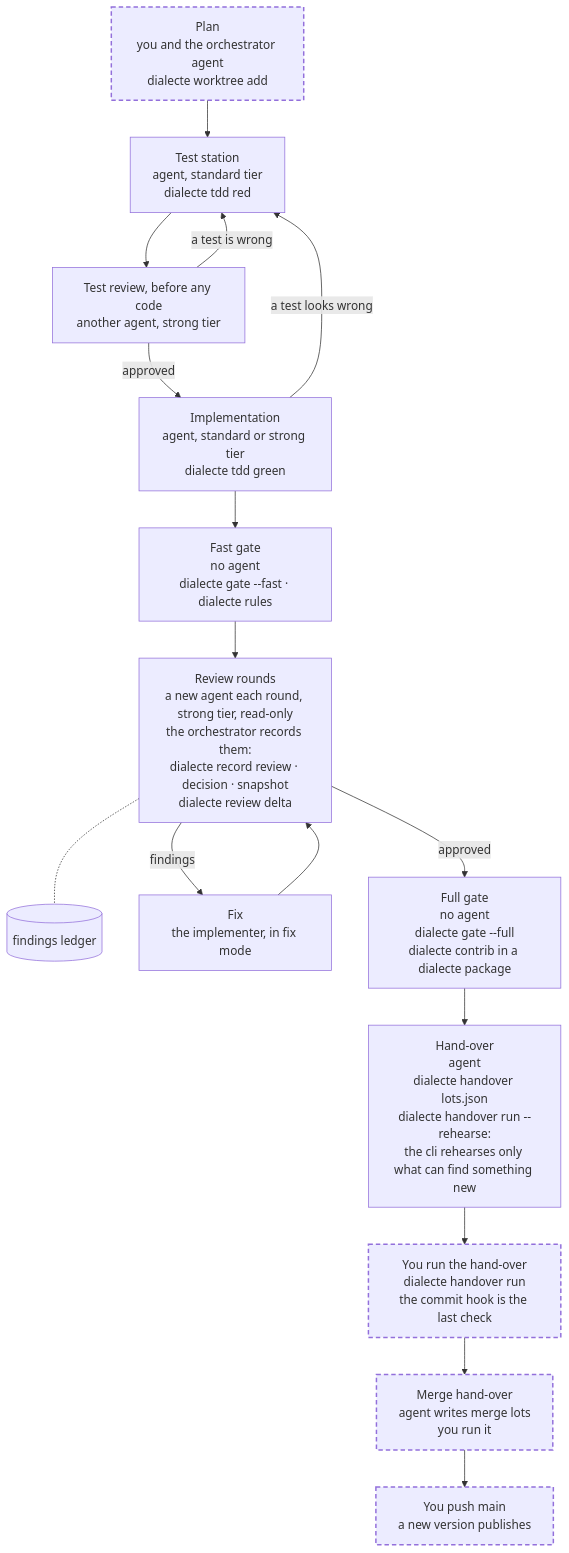
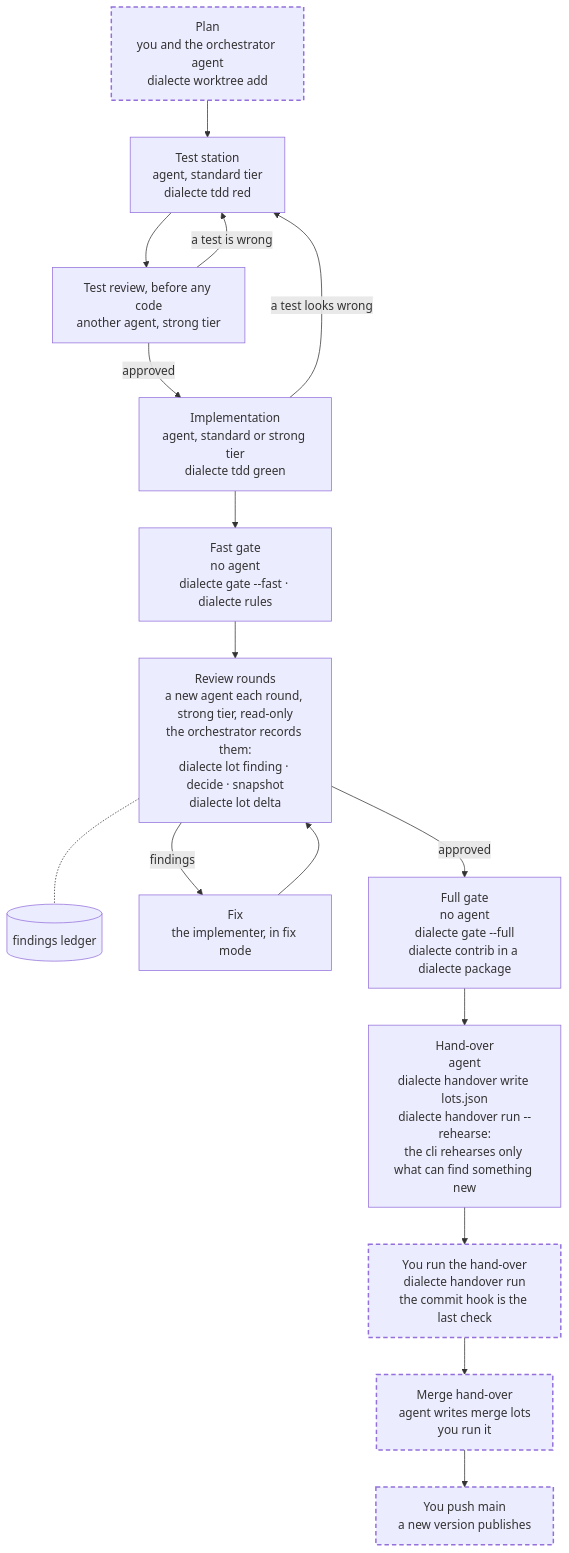
The diagram in doc/guide/development/delivering-with-agents.md (dialecte/core), drawn with Mermaid before and after one commit. The commit also changed other lines of this file and 27 other files, not shown here.

Commit message:
docs(skills): cite the cli 0.4.0 lot commands and handover write; every brief carries the file-write safety lines

````diff
--- a/doc/guide/development/delivering-with-agents.md
+++ b/doc/guide/development/delivering-with-agents.md
@@ -44,28 +44,28 @@
 ```mermaid
 flowchart TD
   plan["Plan<br/>you and the orchestrator agent<br/>dialecte worktree add"]
   red["Test station<br/>agent, standard tier<br/>dialecte tdd red"]
   testReview["Test review, before any code<br/>another agent, strong tier"]
   green["Implementation<br/>agent, standard or strong tier<br/>dialecte tdd green"]
   fast["Fast gate<br/>no agent<br/>dialecte gate --fast · dialecte rules"]
-  review["Review rounds<br/>a new agent each round, strong tier, read-only<br/>the orchestrator records them:<br/>dialecte record review · decision · snapshot<br/>dialecte review delta"]
+  review["Review rounds<br/>a new agent each round, strong tier, read-only<br/>the orchestrator records them:<br/>dialecte lot finding · decide · snapshot<br/>dialecte lot delta"]
   ledger[("findings ledger")]
   fix["Fix<br/>the implementer, in fix mode"]
   full["Full gate<br/>no agent<br/>dialecte gate --full<br/>dialecte contrib in a dialecte package"]
-  handover["Hand-over<br/>agent<br/>dialecte handover lots.json<br/>dialecte handover run --rehearse:<br/>the cli rehearses only what can find something new"]
+  handover["Hand-over<br/>agent<br/>dialecte handover write lots.json<br/>dialecte handover run --rehearse:<br/>the cli rehearses only what can find something new"]
   run["You run the hand-over<br/>dialecte handover run<br/>the commit hook is the last check"]
   merge["Merge hand-over<br/>agent writes merge lots<br/>you run it"]
   push["You push main<br/>a new version publishes"]
 
   plan --> red --> testReview
   testReview -- "a test is wrong" --> red
   testReview -- approved --> green
   green -- "a test looks wrong" --> red
   green --> fast --> review
   review -- findings --> fix --> review
   review -.- ledger
   review -- approved --> full --> handover --> run --> merge --> push
 
   classDef person stroke-dasharray: 6 4,stroke-width:2px
   class plan,run,merge,push person
 ```
````
